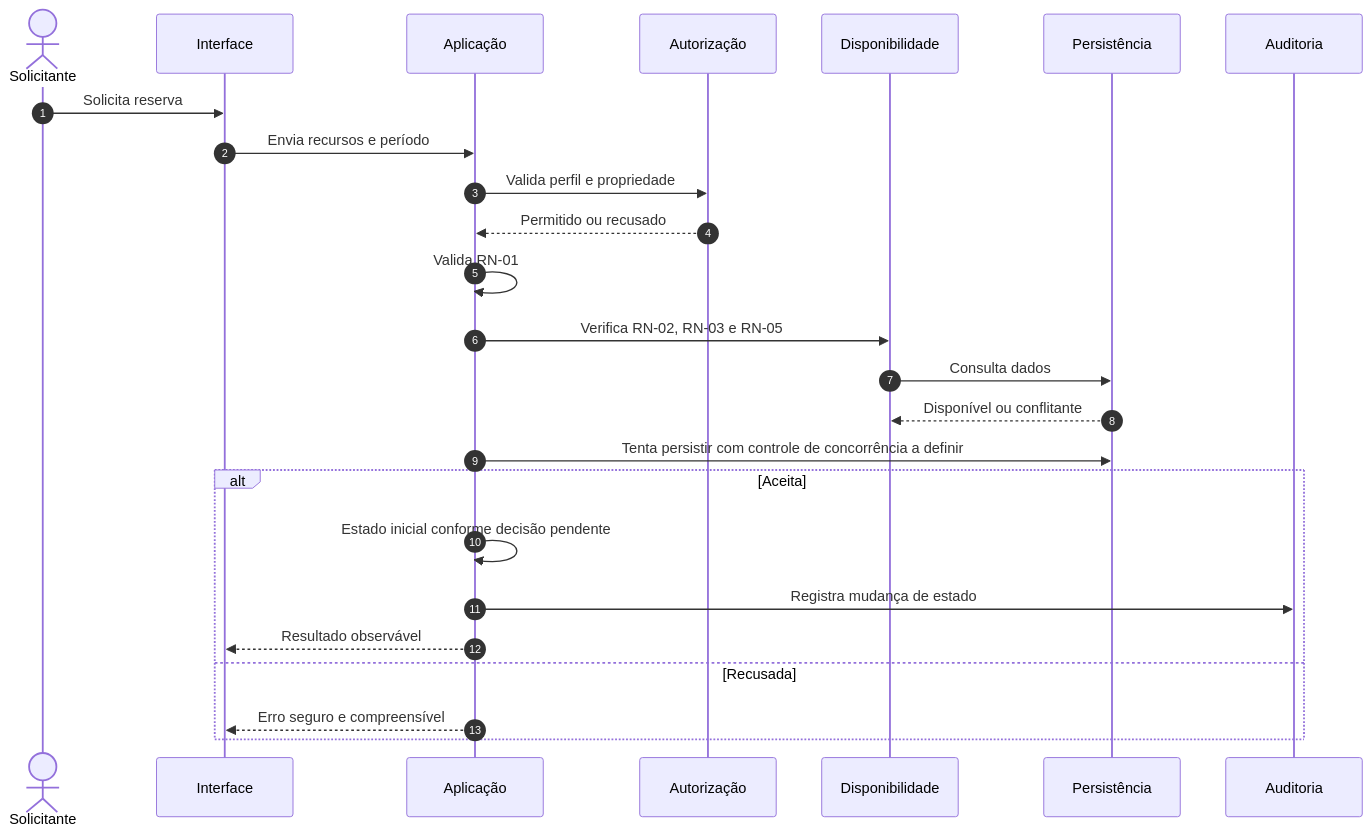
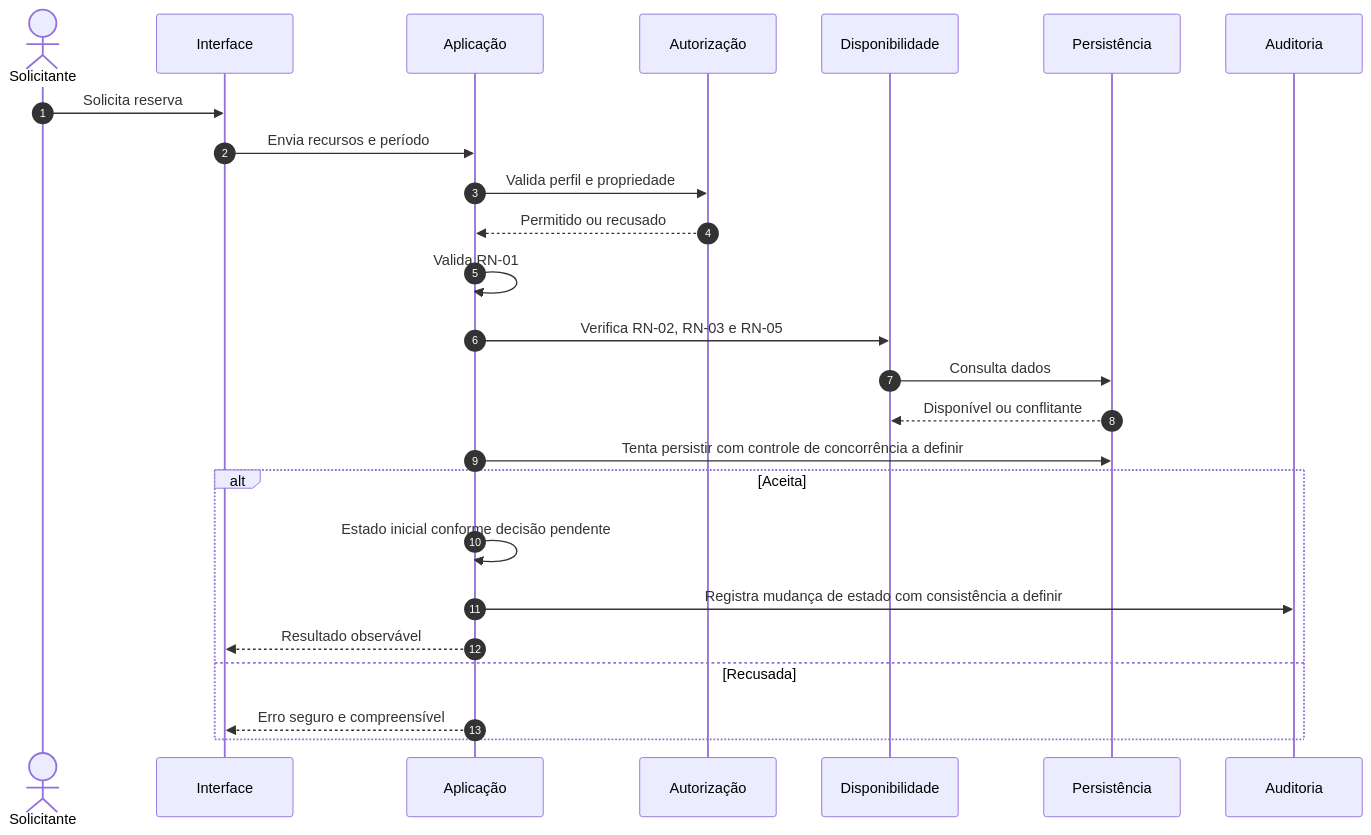
One commit to Jefferson-Silva-Geronimo/jefferson.geronimo-Foot-Fanatics changed the fifth of 6 diagrams in docs/arquitetura.md. Above: the diagram before and after it, drawn with Mermaid. The commit also changed other lines of this file and 1 other file, not shown here.

````diff
--- a/docs/arquitetura.md
+++ b/docs/arquitetura.md
@@ -369,27 +414,27 @@
 ```mermaid
 sequenceDiagram
   autonumber
   actor S as Solicitante
   participant UI as Interface
   participant APP as Aplicação
   participant AUTH as Autorização
   participant DISP as Disponibilidade
   participant DB as Persistência
   participant AUD as Auditoria
   S->>UI: Solicita reserva
   UI->>APP: Envia recursos e período
   APP->>AUTH: Valida perfil e propriedade
   AUTH-->>APP: Permitido ou recusado
   APP->>APP: Valida RN-01
   APP->>DISP: Verifica RN-02, RN-03 e RN-05
   DISP->>DB: Consulta dados
   DB-->>DISP: Disponível ou conflitante
   APP->>DB: Tenta persistir com controle de concorrência a definir
   alt Aceita
     APP->>APP: Estado inicial conforme decisão pendente
-    APP->>AUD: Registra mudança de estado
+    APP->>AUD: Registra mudança de estado com consistência a definir
     APP-->>UI: Resultado observável
   else Recusada
     APP-->>UI: Erro seguro e compreensível
   end
 ```
````
